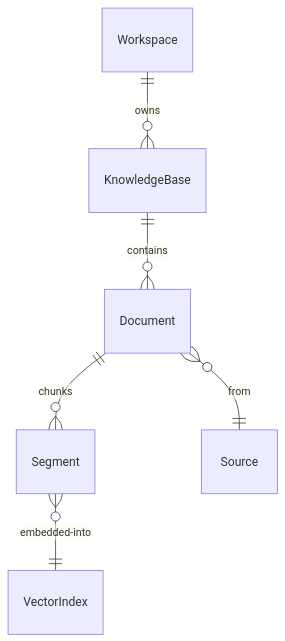
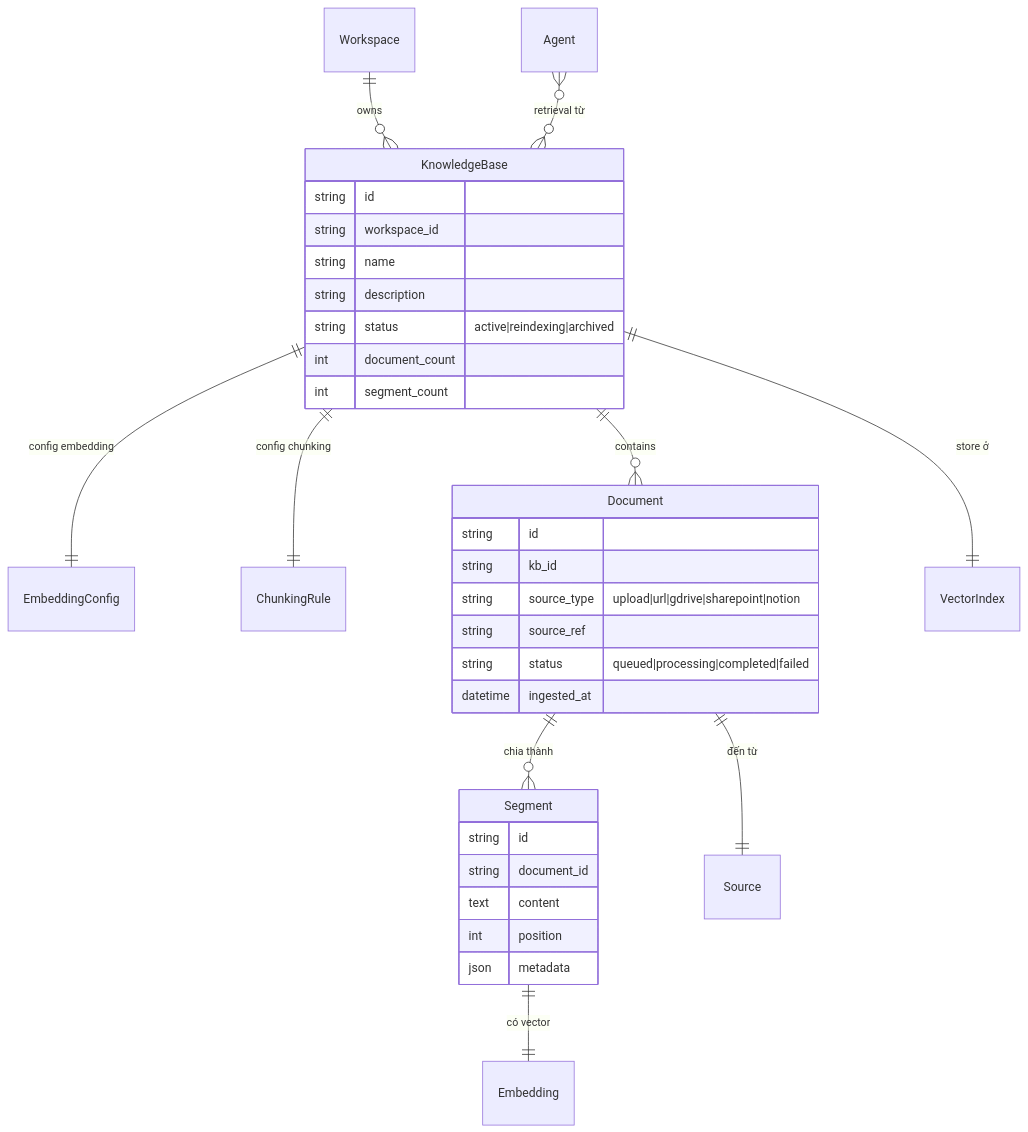
The diagram in docs/02-domain/05-knowledge.md (cmc-phongnd/agent-platform-docs), drawn with Mermaid before and after one commit. The commit also changed other lines of this file and 14 other files, not shown here.

````diff
--- a/docs/02-domain/05-knowledge.md
+++ b/docs/02-domain/05-knowledge.md
@@ -11,8 +37,37 @@
 ```mermaid
 erDiagram
     Workspace ||--o{ KnowledgeBase : owns
+    KnowledgeBase ||--|| EmbeddingConfig : "config embedding"
+    KnowledgeBase ||--|| ChunkingRule : "config chunking"
     KnowledgeBase ||--o{ Document : contains
-    Document ||--o{ Segment : chunks
-    Segment }o--|| VectorIndex : embedded-into
-    Document }o--|| Source : from
+    Document ||--o{ Segment : "chia thành"
+    Segment ||--|| Embedding : "có vector"
+    Document ||--|| Source : "đến từ"
+    KnowledgeBase ||--|| VectorIndex : "store ở"
+    Agent }o--o{ KnowledgeBase : "retrieval từ"
+
+    KnowledgeBase {
+        string id
+        string workspace_id
+        string name
+        string description
+        string status "active|reindexing|archived"
+        int document_count
+        int segment_count
+    }
+    Document {
+        string id
+        string kb_id
+        string source_type "upload|url|gdrive|sharepoint|notion"
+        string source_ref
+        string status "queued|processing|completed|failed"
+        datetime ingested_at
+    }
+    Segment {
+        string id
+        string document_id
+        text content
+        int position
+        json metadata
+    }
 ```
````
